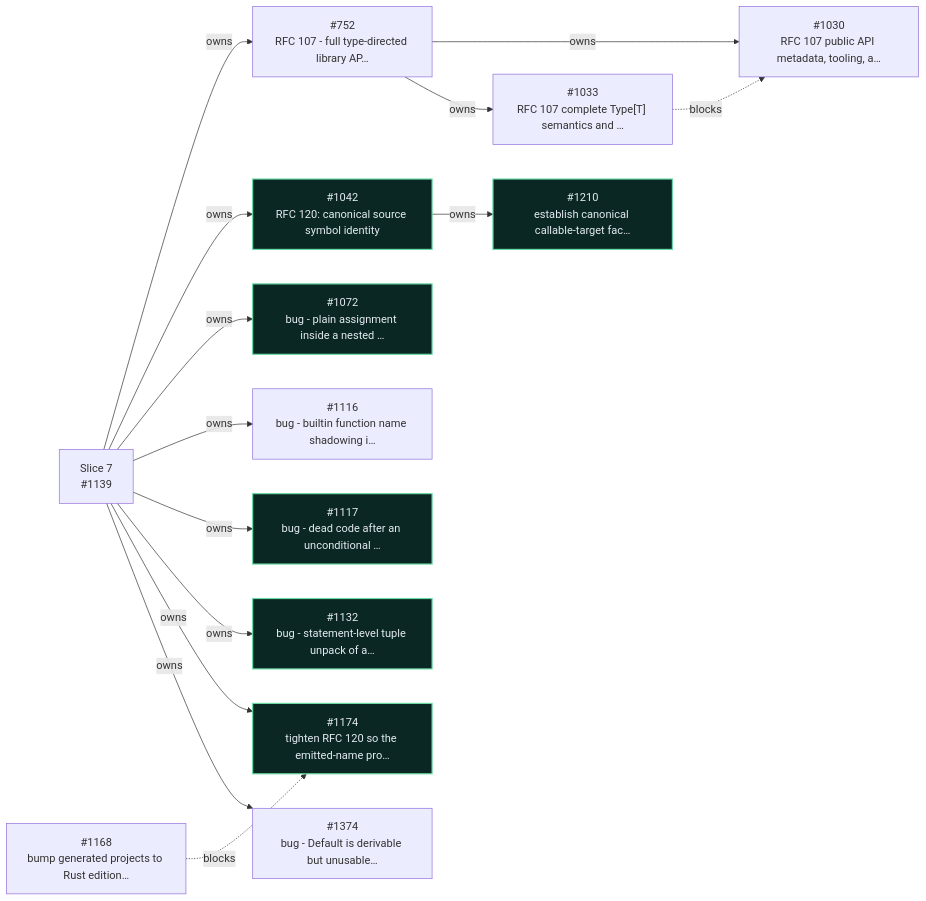
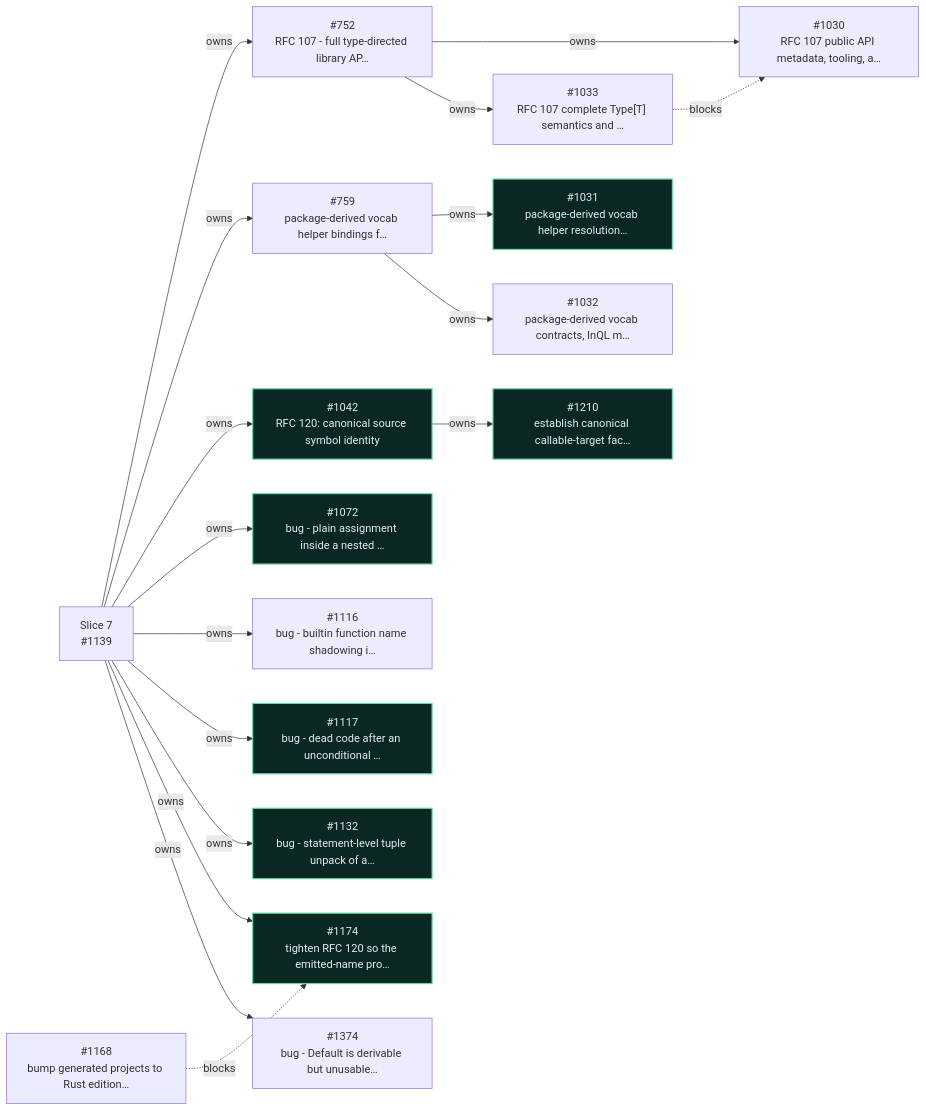
One commit to dannys-code-corner/incan changed the seventh of 9 diagrams in workspaces/docs-site/docs/_snippets/project/v0_6_roadmap.md. Above: the diagram before and after it, drawn with Mermaid. The commit also changed other lines of this file and 11 other files, not shown here.

````diff
--- a/workspaces/docs-site/docs/_snippets/project/v0_6_roadmap.md
+++ b/workspaces/docs-site/docs/_snippets/project/v0_6_roadmap.md
@@ -500,44 +490,53 @@
 ```mermaid
 flowchart LR
   i752["#752<br/>RFC 107 - full type-directed library AP…"]
+  i759["#759<br/>package-derived vocab helper bindings f…"]
   i1030["#1030<br/>RFC 107 public API metadata, tooling, a…"]
+  i1031["#1031<br/>package-derived vocab helper resolution…"]
+  i1032["#1032<br/>package-derived vocab contracts, InQL m…"]
   i1033["#1033<br/>RFC 107 complete Type[T] semantics and …"]
   i1042["#1042<br/>RFC 120: canonical source symbol identity"]
   i1072["#1072<br/>bug - plain assignment inside a nested …"]
   i1116["#1116<br/>bug - builtin function name shadowing i…"]
   i1117["#1117<br/>bug - dead code after an unconditional …"]
   i1132["#1132<br/>bug - statement-level tuple unpack of a…"]
   s1139["Slice 7<br/>#1139"]
   i1168["#1168<br/>bump generated projects to Rust edition…"]
   i1174["#1174<br/>tighten RFC 120 so the emitted-name pro…"]
   i1210["#1210<br/>establish canonical callable-target fac…"]
   i1374["#1374<br/>bug - Default is derivable but unusable…"]
   s1139 -- owns --> i752
+  s1139 -- owns --> i759
   i752 -- owns --> i1030
+  i759 -- owns --> i1031
+  i759 -- owns --> i1032
   i752 -- owns --> i1033
   s1139 -- owns --> i1042
   s1139 -- owns --> i1072
   s1139 -- owns --> i1116
   s1139 -- owns --> i1117
   s1139 -- owns --> i1132
   s1139 -- owns --> i1174
   i1042 -- owns --> i1210
   s1139 -- owns --> i1374
   i1033 -. blocks .-> i1030
   i1168 -. blocks .-> i1174
   classDef incv06complete fill:#0b2724,stroke:#66d9a3,color:#e4ebf2,stroke-width:1.7px
-  class i1042,i1072,i1117,i1132,i1174,i1210 incv06complete
+  class i1031,i1042,i1072,i1117,i1132,i1174,i1210 incv06complete
   click i752 href "https://github.com/encero-systems/incan/issues/752" "Open #752 on GitHub"
+  click i759 href "https://github.com/encero-systems/incan/issues/759" "Open #759 on GitHub"
   click i1030 href "https://github.com/encero-systems/incan/issues/1030" "Open #1030 on GitHub"
+  click i1031 href "https://github.com/encero-systems/incan/issues/1031" "Open #1031 on GitHub"
+  click i1032 href "https://github.com/encero-systems/incan/issues/1032" "Open #1032 on GitHub"
   click i1033 href "https://github.com/encero-systems/incan/issues/1033" "Open #1033 on GitHub"
   click i1042 href "https://github.com/encero-systems/incan/issues/1042" "Open #1042 on GitHub"
   click i1072 href "https://github.com/encero-systems/incan/issues/1072" "Open #1072 on GitHub"
   click i1116 href "https://github.com/encero-systems/incan/issues/1116" "Open #1116 on GitHub"
   click i1117 href "https://github.com/encero-systems/incan/issues/1117" "Open #1117 on GitHub"
   click i1132 href "https://github.com/encero-systems/incan/issues/1132" "Open #1132 on GitHub"
   click s1139 href "https://github.com/encero-systems/incan/issues/1139" "Open #1139 on GitHub"
   click i1168 href "https://github.com/encero-systems/incan/issues/1168" "Open #1168 on GitHub"
   click i1174 href "https://github.com/encero-systems/incan/issues/1174" "Open #1174 on GitHub"
   click i1210 href "https://github.com/encero-systems/incan/issues/1210" "Open #1210 on GitHub"
   click i1374 href "https://github.com/encero-systems/incan/issues/1374" "Open #1374 on GitHub"
 ```
````
